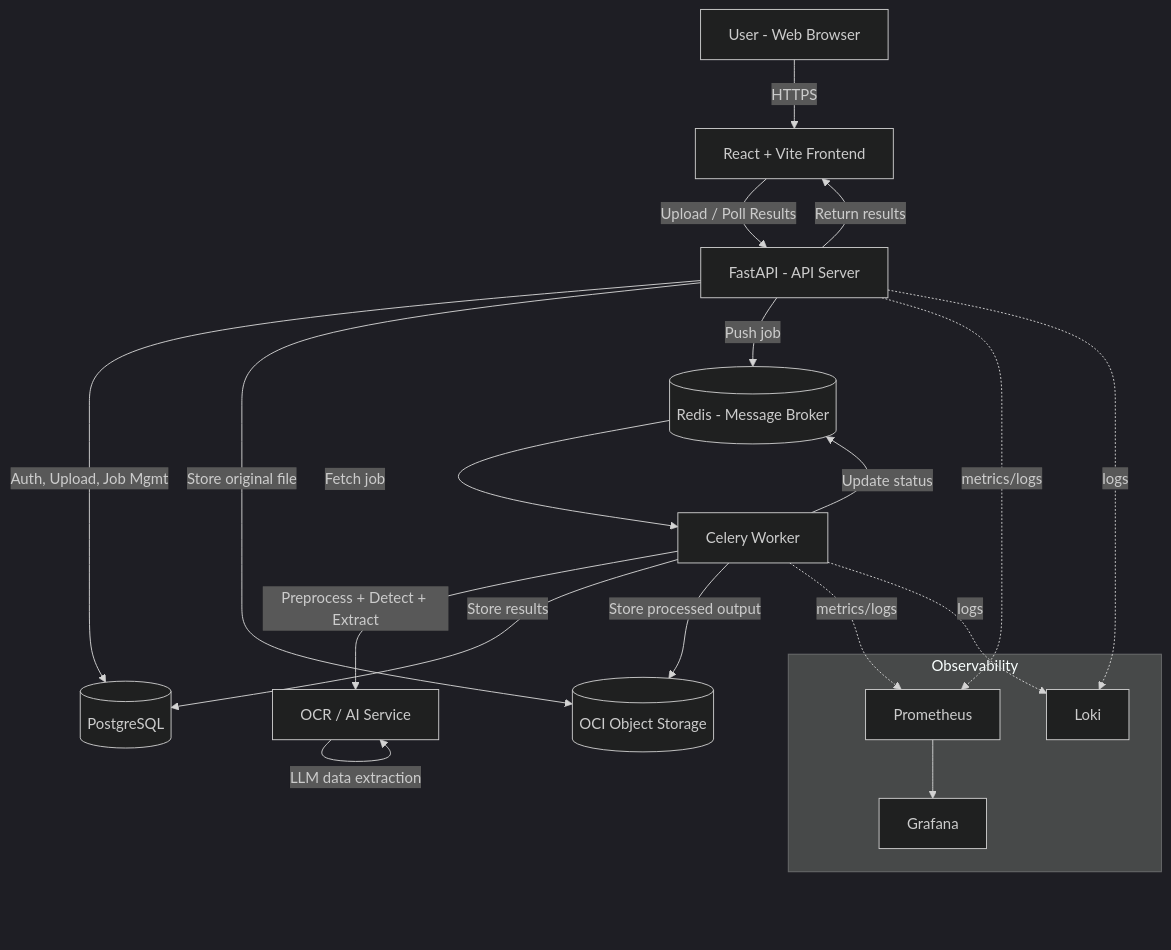
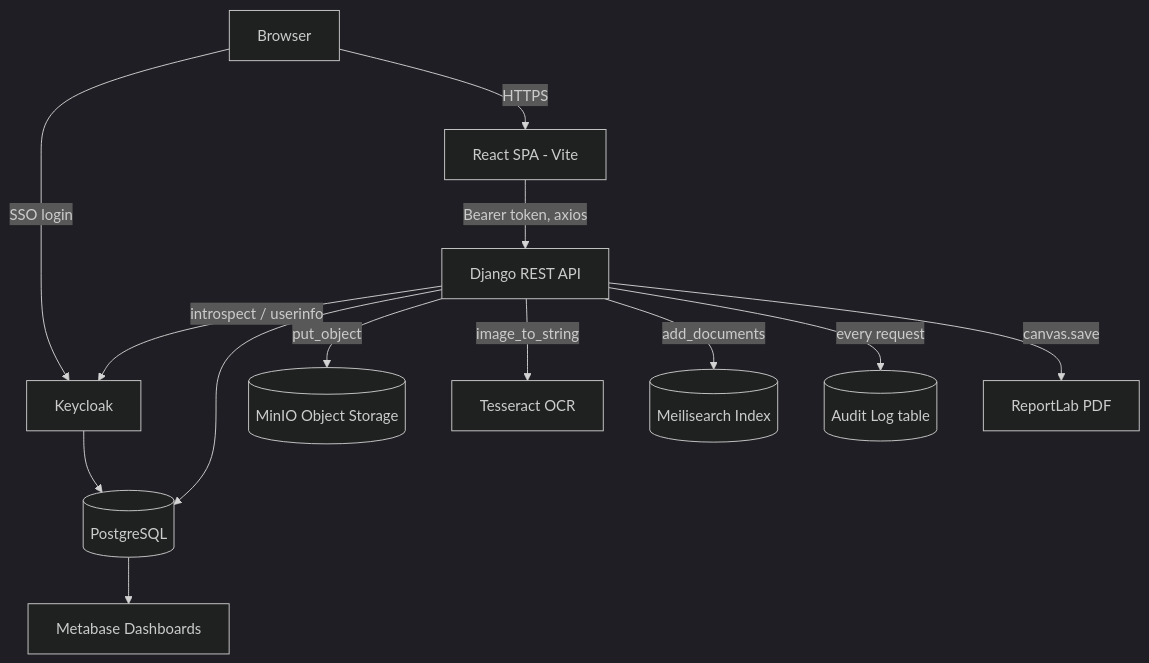
One commit to Sohan-dsz/Cloud-Based-Naac-Data-Management-System changed the diagram in README.md. Above: the diagram before and after it, drawn with Mermaid (dark theme). The commit also changed other lines of this file, not shown here.

````diff
--- a/README.md
+++ b/README.md
@@ -53,35 +23,15 @@
 ```mermaid
 flowchart TD
-    User[User - Web Browser] -->|HTTPS| FE[React + Vite Frontend]
-    FE -->|Upload / Poll Results| API[FastAPI - API Server]
-
-    API -->|Auth, Upload, Job Mgmt| DB[(PostgreSQL)]
-    API -->|Store original file| Storage[(OCI Object Storage)]
-    API -->|Push job| Redis[(Redis - Message Broker)]
-
-    Redis -->|Fetch job| Worker[Celery Worker]
-    Worker -->|Preprocess + Detect + Extract| OCR[OCR / AI Service]
-    OCR -->|OpenCV preprocessing| OCR
-    OCR -->|YOLOv8 field detection| OCR
-    OCR -->|EasyOCR - printed text| OCR
-    OCR -->|TrOCR - handwriting| OCR
-    OCR -->|LLM data extraction| OCR
-
-    Worker -->|Store results| DB
-    Worker -->|Store processed output| Storage
-    Worker -->|Update status| Redis
-
-    API -->|Return results| FE
-
-    subgraph Observability
-      Prom[Prometheus]
-      Graf[Grafana]
-      Loki[Loki]
-    end
-
-    API -.metrics/logs.-> Prom
-    Worker -.metrics/logs.-> Prom
-    Prom --> Graf
-    API -.logs.-> Loki
-    Worker -.logs.-> Loki
+    User[Browser] -->|SSO login| KC[Keycloak]
+    User -->|HTTPS| FE[React SPA - Vite]
+    FE -->|Bearer token, axios| API[Django REST API]
+    API -->|introspect / userinfo| KC
+    API --> DB[(PostgreSQL)]
+    API -->|put_object| MinIO[(MinIO Object Storage)]
+    API -->|image_to_string| OCR[Tesseract OCR]
+    API -->|add_documents| Meili[(Meilisearch Index)]
+    API -->|every request| Audit[(Audit Log table)]
+    API -->|canvas.save| PDF[ReportLab PDF]
+    DB --> Metabase[Metabase Dashboards]
+    KC --> DB
 ```
````
